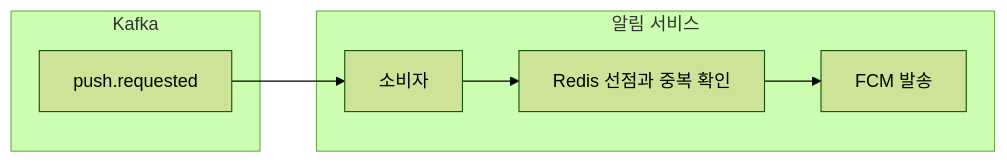
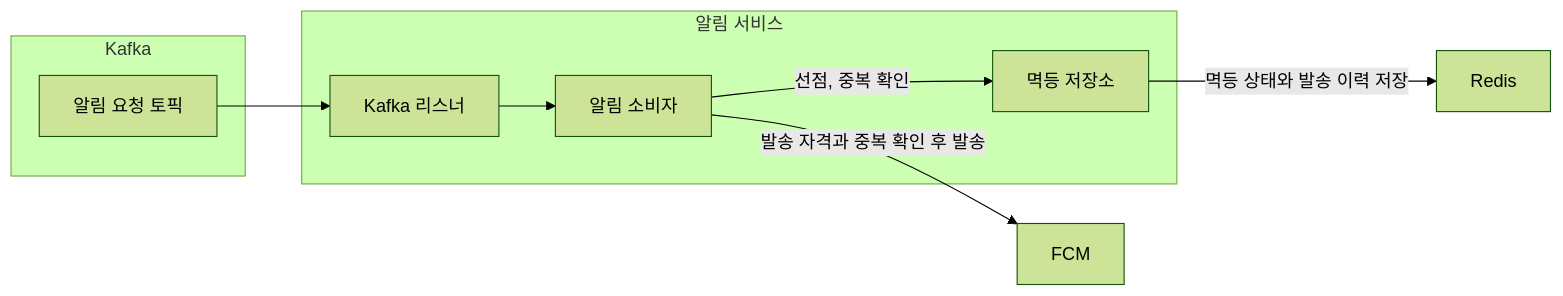
The diagram in src/content/posts/notification-kafka-idempotent-consumer.md (kangkyunghyun/kangkyunghyun.github.io), drawn with Mermaid (forest theme) before and after one commit. The commit also changed other lines of this file and 20 other files, not shown here.

````diff
--- a/src/content/posts/notification-kafka-idempotent-consumer.md
+++ b/src/content/posts/notification-kafka-idempotent-consumer.md
@@ -13,13 +13,15 @@
 ```mermaid
 flowchart LR
     subgraph KAFKA["Kafka"]
-        A["push.requested"]
+        A["알림 요청 토픽"]
     end
 
     subgraph NOTIFICATION["알림 서비스"]
-        B["소비자"] --> C["Redis 선점과 중복 확인"]
-        C --> D["FCM 발송"]
+        B["Kafka 리스너"] --> C["알림 소비자"]
+        C -->|"선점, 중복 확인"| D["멱등 저장소"]
     end
 
     A --> B
+    D -->|"멱등 상태와 발송 이력 저장"| R["Redis"]
+    C -->|"발송 자격과 중복 확인 후 발송"| F["FCM"]
 ```
````
